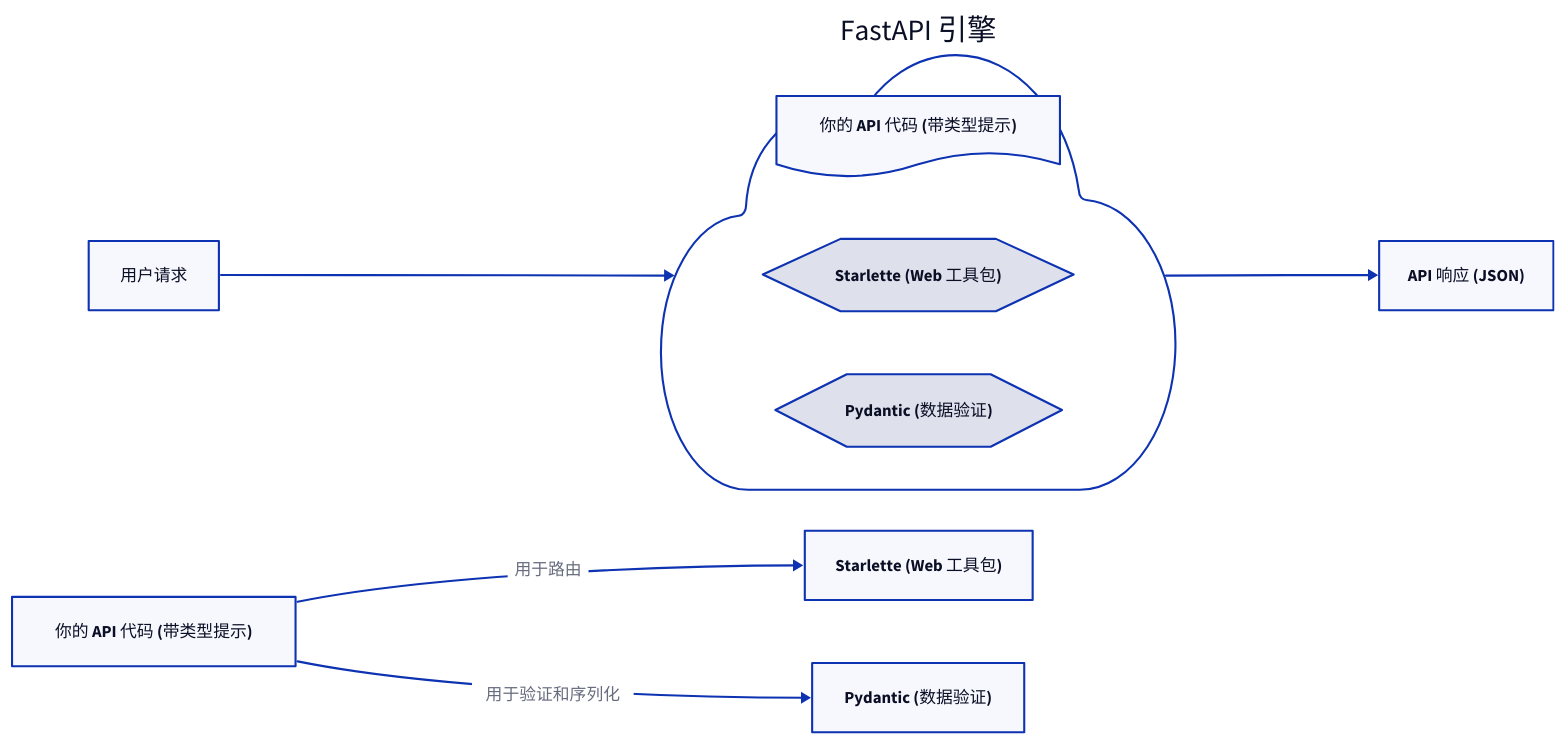
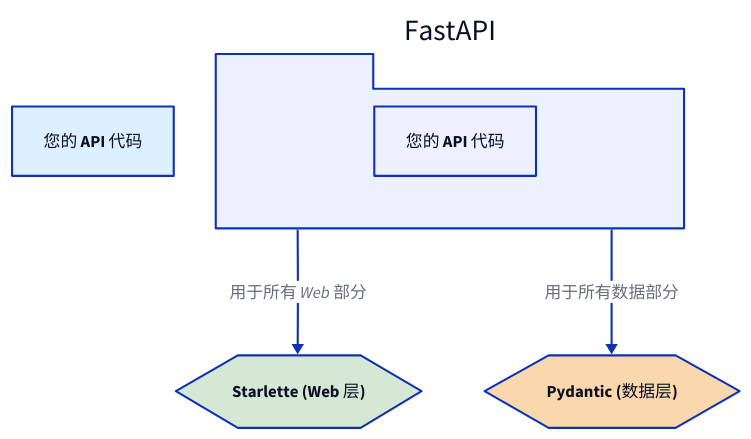
The diagram in .aigne/doc-smith/docs/overview.zh.md (lban2049/fastapi), drawn with D2 before and after one commit. The commit also changed other lines of this file and 45 other files, not shown here.

````diff
--- a/.aigne/doc-smith/docs/overview.zh.md
+++ b/.aigne/doc-smith/docs/overview.zh.md
@@ -29,23 +39,29 @@
 ```d2
-direction: right
+direction: down
 
-"用户请求" -> "FastAPI 引擎"
-
-"FastAPI 引擎": {
-  shape: cloud
-  "你的 API 代码 (带类型提示)": {
-    shape: document
-  }
-  "Starlette (Web 工具包)": {
-    shape: hexagon
-  }
-  "Pydantic (数据验证)": {
-    shape: hexagon
-  }
+"您的 API 代码": {
+  shape: rectangle
+  style.fill: "#DDF0FF"
 }
 
-"FastAPI 引擎" -> "API 响应 (JSON)"
+"FastAPI": {
+  shape: package
+  "您的 API 代码"
+}
 
-"你的 API 代码 (带类型提示)" -> "Starlette (Web 工具包)": 用于路由
-"你的 API 代码 (带类型提示)" -> "Pydantic (数据验证)": 用于验证和序列化
+"Starlette": {
+  shape: hexagon
+  label: "Starlette (Web 层)"
+  style.fill: "#D5E8D4"
+}
+
+"Pydantic": {
+  shape: hexagon
+  label: "Pydantic (数据层)"
+  style.fill: "#FAD7AC"
+}
+
+"FastAPI" -> "Starlette": "用于所有 Web 部分"
+"FastAPI" -> "Pydantic": "用于所有数据部分"
+
 ```
````
